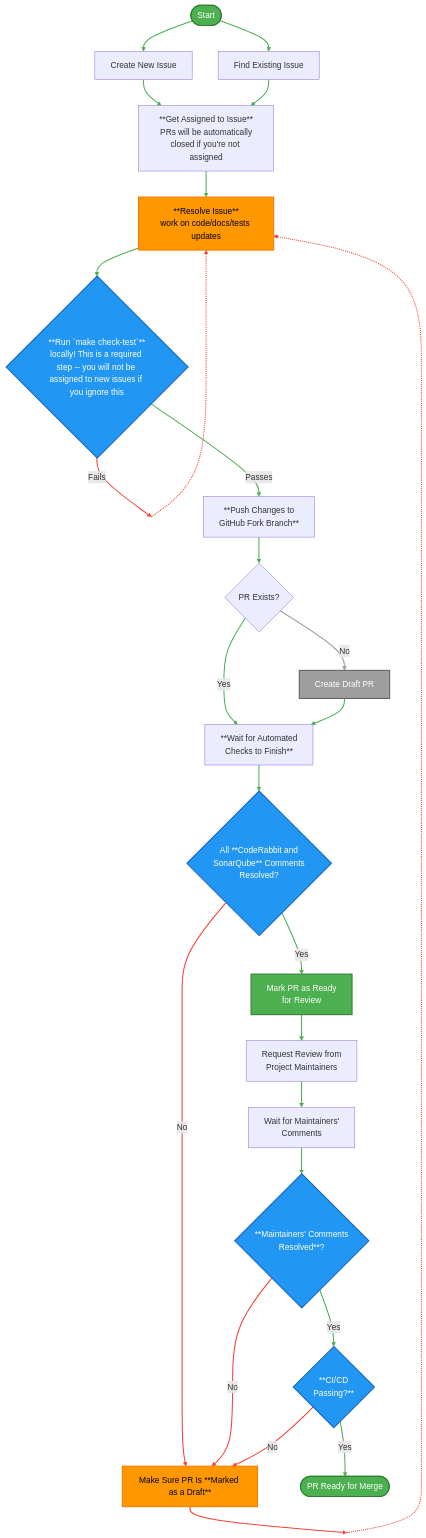
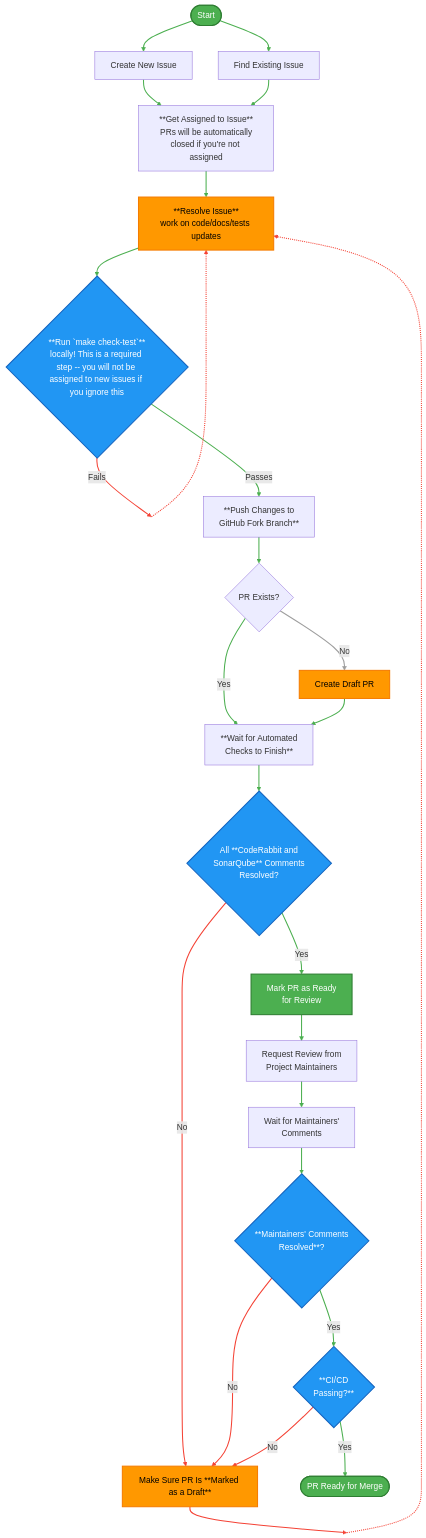
Before and after one commit to OWASP/Nest: the diagram in CONTRIBUTING.md, drawn with Mermaid.

Commit message:
Update colors

````diff
--- a/CONTRIBUTING.md
+++ b/CONTRIBUTING.md
@@ -421,73 +421,73 @@
 ```mermaid
 flowchart TD
     Start([Start]) --> CreateIssue[Create New Issue]
     Start --> FindIssue[Find Existing Issue]
     CreateIssue --> GetAssigned["**Get Assigned to Issue**<br/>PRs will be automatically<br/>closed if you're not assigned"]
     FindIssue --> GetAssigned
     GetAssigned --> ResolveIssue[**Resolve Issue**<br/>work on code/docs/tests updates]
 
     ResolveIssue --> RunChecks{**Run `make check-test`**<br/>locally! This is a required step -- you will not be assigned to new issues if you ignore this}
     RunChecks -->|Fails| WP1[ ]
     RunChecks -->|Passes| PushChanges[**Push Changes to<br/>GitHub Fork Branch**]
     WP1 -.-> ResolveIssue
 
     PushChanges --> HasPR{PR Exists?}
     HasPR -->|No| CreateDraftPR[Create Draft PR]
     HasPR -->|Yes| WaitAutoChecks[**Wait for Automated<br/>Checks to Finish**]
     CreateDraftPR --> WaitAutoChecks
 
     WaitAutoChecks --> CheckAutoTools{All **CodeRabbit and <br/>SonarQube** Comments<br/>Resolved?}
     CheckAutoTools -->|No| MarkDraft[Make Sure PR Is **Marked as a Draft**]
     CheckAutoTools -->|Yes| MarkReady[Mark PR as Ready<br/>for Review]
     MarkDraft --> WP2[ ]
     WP2 -.-> ResolveIssue
 
     MarkReady --> RequestReview[Request Review from<br/>Project Maintainers]
     RequestReview --> WaitMaintainer[Wait for Maintainers'<br/>Comments]
 
     WaitMaintainer --> HasMaintainerComments{**Maintainers' Comments<br/>Resolved**?}
     HasMaintainerComments -->|No| MarkDraft
     HasMaintainerComments -->|Yes| CheckCI{**CI/CD<br/>Passing?**}
 
     CheckCI -->|Yes| ReadyMerge([PR Ready for Merge])
     CheckCI -->|No| MarkDraft
 
     style Start fill:#4caf50,stroke:#2e7d32,stroke-width:2px,color:#ffffff
     style ReadyMerge fill:#4caf50,stroke:#2e7d32,stroke-width:2px,color:#ffffff
     style ResolveIssue fill:#ff9800,stroke:#f57c00,stroke-width:2px,color:#000000
     style RunChecks fill:#2196f3,stroke:#1565c0,stroke-width:2px,color:#ffffff
     style CheckAutoTools fill:#2196f3,stroke:#1565c0,stroke-width:2px,color:#ffffff
     style HasMaintainerComments fill:#2196f3,stroke:#1565c0,stroke-width:2px,color:#ffffff
     style CheckCI fill:#2196f3,stroke:#1565c0,stroke-width:2px,color:#ffffff
     style MarkDraft fill:#ff9800,stroke:#f57c00,stroke-width:2px,color:#000000
     style MarkReady fill:#4caf50,stroke:#2e7d32,stroke-width:2px,color:#ffffff
-    style CreateDraftPR fill:#9e9e9e,stroke:#616161,stroke-width:2px,color:#ffffff
+    style CreateDraftPR fill:#ff9800,stroke:#f57c00,stroke-width:2px,color:#000000
     style WP1 fill:transparent,stroke:transparent,color:transparent,width:0px,height:0px
     style WP2 fill:transparent,stroke:transparent,color:transparent,width:0px,height:0px
 
     linkStyle 0 stroke:#4caf50,stroke-width:2px
     linkStyle 1 stroke:#4caf50,stroke-width:2px
     linkStyle 2 stroke:#4caf50,stroke-width:2px
     linkStyle 3 stroke:#4caf50,stroke-width:2px
     linkStyle 4 stroke:#4caf50,stroke-width:2px
     linkStyle 5 stroke:#4caf50,stroke-width:2px
     linkStyle 6 stroke:#f44336,stroke-width:2px
     linkStyle 7 stroke:#4caf50,stroke-width:2px
     linkStyle 8 stroke:#f44336,stroke-width:2px
     linkStyle 9 stroke:#4caf50,stroke-width:2px
     linkStyle 10 stroke:#9e9e9e,stroke-width:2px
     linkStyle 11 stroke:#4caf50,stroke-width:2px
     linkStyle 12 stroke:#4caf50,stroke-width:2px
     linkStyle 13 stroke:#4caf50,stroke-width:2px
     linkStyle 14 stroke:#f44336,stroke-width:2px
     linkStyle 15 stroke:#4caf50,stroke-width:2px
     linkStyle 16 stroke:#f44336,stroke-width:2px
     linkStyle 17 stroke:#f44336,stroke-width:2px
     linkStyle 18 stroke:#4caf50,stroke-width:2px
     linkStyle 19 stroke:#4caf50,stroke-width:2px
     linkStyle 20 stroke:#4caf50,stroke-width:2px
     linkStyle 21 stroke:#f44336,stroke-width:2px
     linkStyle 22 stroke:#4caf50,stroke-width:2px
     linkStyle 23 stroke:#4caf50,stroke-width:2px
     linkStyle 24 stroke:#f44336,stroke-width:2px
 ```
````
